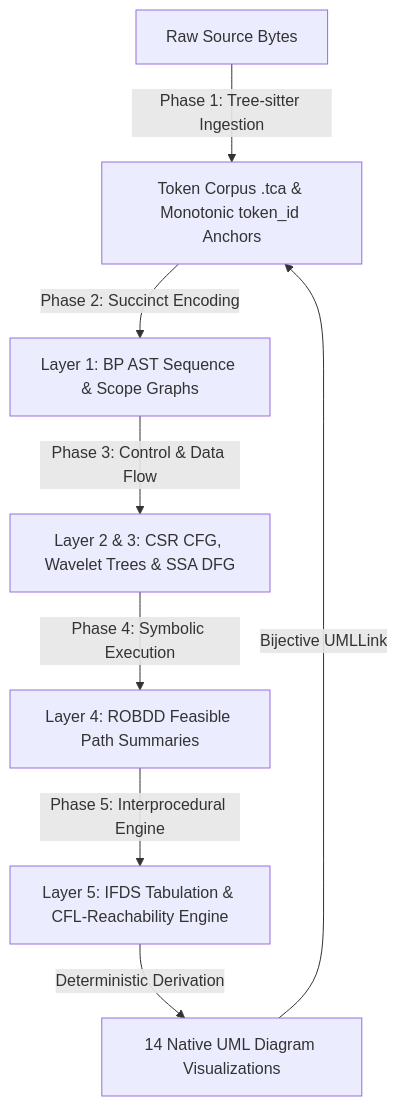
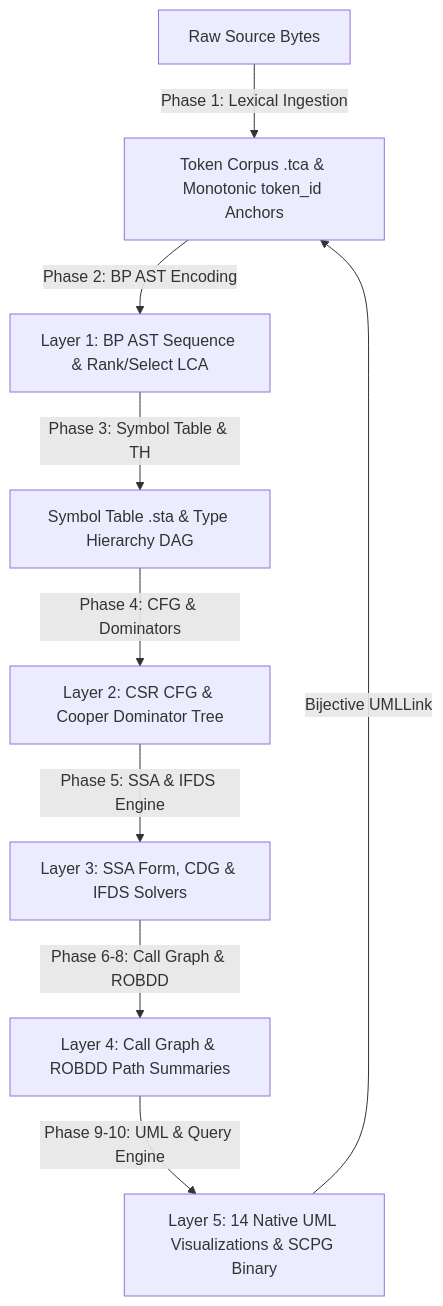
Before and after one commit to AhmadHassan-BTed/OpenHeart: the first of 4 diagrams in docs/architecture.md, drawn with Mermaid.

Commit message:
docs: align top Mermaid diagram in docs/architecture.md with 10-phase pipeline

````diff
--- a/docs/architecture.md
+++ b/docs/architecture.md
@@ -9,10 +9,11 @@
 ```mermaid
 graph TD
-    A[Raw Source Bytes] -->|Phase 1: Tree-sitter Ingestion| B[Token Corpus .tca & Monotonic token_id Anchors]
-    B -->|Phase 2: Succinct Encoding| C[Layer 1: BP AST Sequence & Scope Graphs]
-    C -->|Phase 3: Control & Data Flow| D[Layer 2 & 3: CSR CFG, Wavelet Trees & SSA DFG]
-    D -->|Phase 4: Symbolic Execution| E[Layer 4: ROBDD Feasible Path Summaries]
-    E -->|Phase 5: Interprocedural Engine| F[Layer 5: IFDS Tabulation & CFL-Reachability Engine]
-    F -->|Deterministic Derivation| G[14 Native UML Diagram Visualizations]
-    G -->|Bijective UMLLink| B
+    A[Raw Source Bytes] -->|Phase 1: Lexical Ingestion| B[Token Corpus .tca & Monotonic token_id Anchors]
+    B -->|Phase 2: BP AST Encoding| C[Layer 1: BP AST Sequence & Rank/Select LCA]
+    C -->|Phase 3: Symbol Table & TH| D[Symbol Table .sta & Type Hierarchy DAG]
+    D -->|Phase 4: CFG & Dominators| E[Layer 2: CSR CFG & Cooper Dominator Tree]
+    E -->|Phase 5: SSA & IFDS Engine| F[Layer 3: SSA Form, CDG & IFDS Solvers]
+    F -->|Phase 6-8: Call Graph & ROBDD| G[Layer 4: Call Graph & ROBDD Path Summaries]
+    G -->|Phase 9-10: UML & Query Engine| H[Layer 5: 14 Native UML Visualizations & SCPG Binary]
+    H -->|Bijective UMLLink| B
 ```
````
